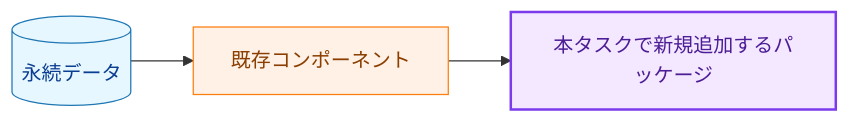
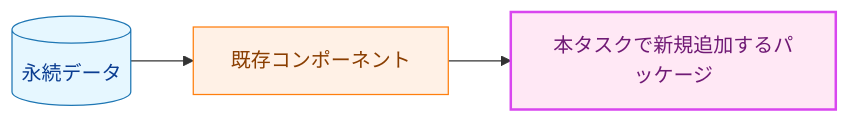
One commit to isseis/tlsrpt-digest changed the second of 15 diagrams in docs/tasks/0040_store/02_architecture.md. Above: the diagram before and after it, drawn with Mermaid. The commit also changed other lines of this file, not shown here.

First line of the commit message:
docs(store/arch): fix newpkg classDef missing and non-standard colors

````diff
--- a/docs/tasks/0040_store/02_architecture.md
+++ b/docs/tasks/0040_store/02_architecture.md
@@ -47,11 +47,11 @@
 ```mermaid
 flowchart LR
     classDef data fill:#e6f7ff,stroke:#1f77b4,stroke-width:1px,color:#0b3d91;
     classDef process fill:#fff1e6,stroke:#ff7f0e,stroke-width:1px,color:#8a3e00;
-    classDef newpkg fill:#f3e8ff,stroke:#7c3aed,stroke-width:2px,color:#4c1d95;
+    classDef newpkg fill:#ffe8f5,stroke:#d946ef,stroke-width:2px,color:#701a75;
 
     D[("永続データ")] --> P["既存コンポーネント"] --> N["本タスクで新規追加するパッケージ"]
     class D data
     class P process
     class N newpkg
 ```
````
